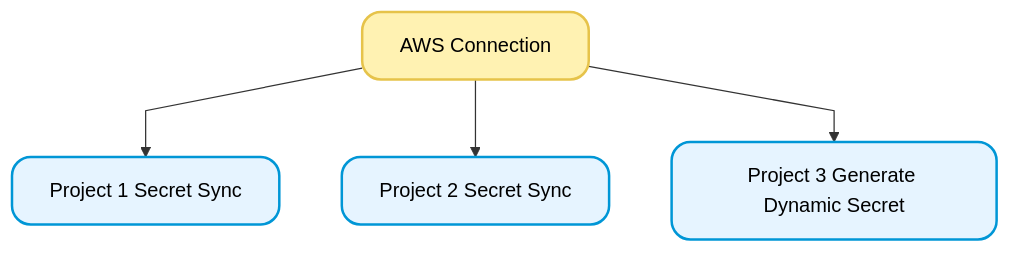
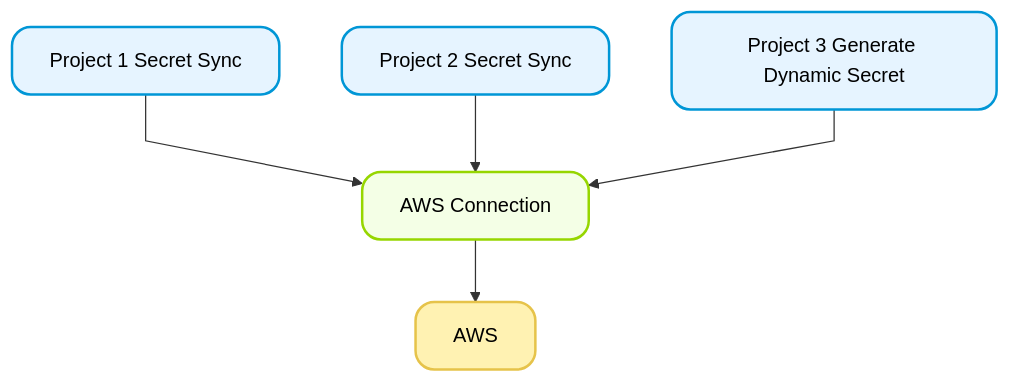
One commit to Infisical/infisical changed the diagram in docs/integrations/app-connections/overview.mdx. Above: the diagram before and after it, drawn with Mermaid. The commit also changed 55 other files, not shown here.

````diff
--- a/docs/integrations/app-connections/overview.mdx
+++ b/docs/integrations/app-connections/overview.mdx
@@ -17,15 +17,23 @@
     ```mermaid
     %%{init: {'flowchart': {'curve': 'linear'} } }%%
     graph TD
-    A[AWS Connection]
-    A --> B[Project 1 Secret Sync]
-    A --> C[Project 2 Secret Sync]
-    A --> D[Project 3 Generate Dynamic Secret]
+    A[AWS]
+    B[AWS Connection]
+    C[Project 1 Secret Sync]
+    D[Project 2 Secret Sync]
+    E[Project 3 Generate Dynamic Secret]
+
+    B --> A
+    C --> B
+    D --> B
+    E --> B
 
     classDef default fill:#ffffff,stroke:#666,stroke-width:2px,rx:10px,color:black
     classDef aws fill:#FFF2B2,stroke:#E6C34A,stroke-width:2px,color:black,rx:15px
     classDef project fill:#E6F4FF,stroke:#0096D6,stroke-width:2px,color:black,rx:15px
+    classDef connection fill:#F4FFE6,stroke:#96D600,stroke-width:2px,color:black,rx:15px
 
     class A aws
-    class B,C,D project
+    class B connection
+    class C,D,E project
     ```
````
